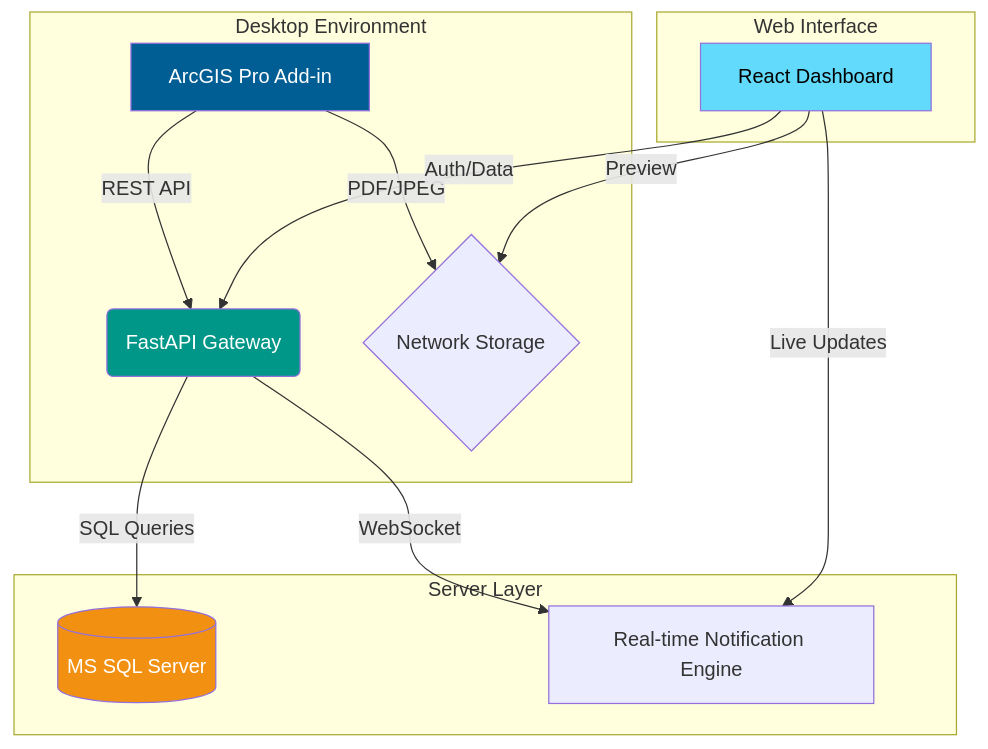
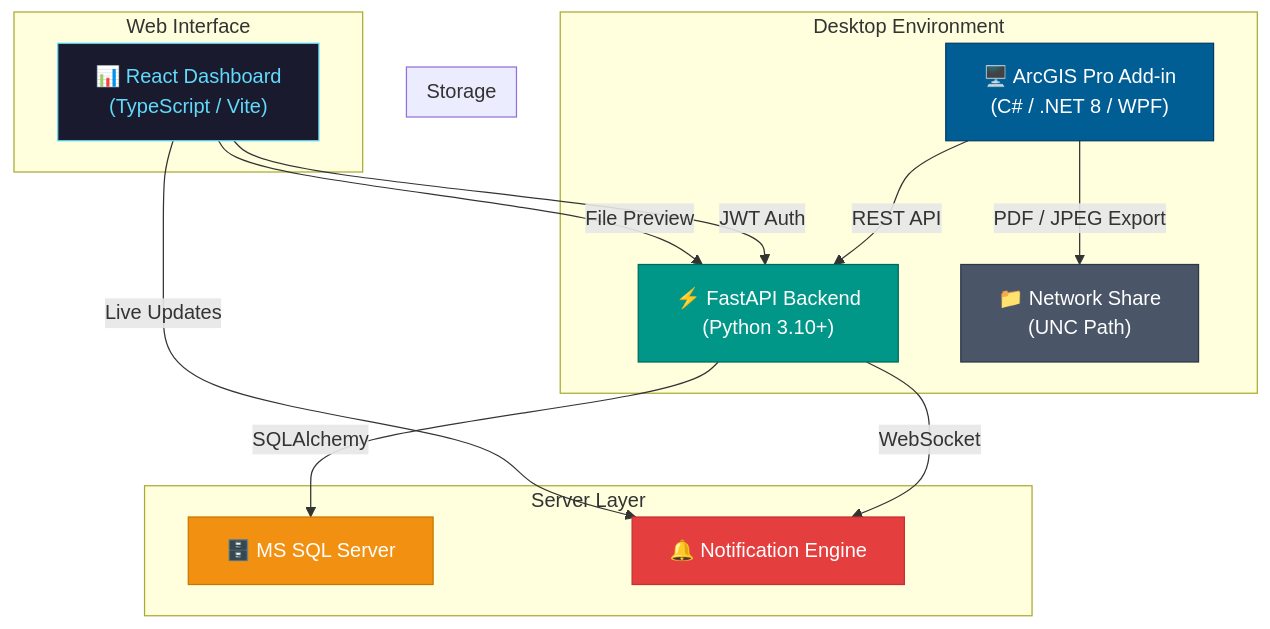
One commit to JEMOO-001/Arch-Sys changed the first of 2 diagrams in README.md. Above: the diagram before and after it, drawn with Mermaid. The commit also changed other lines of this file and 7 other files, not shown here.

````diff
--- a/README.md
+++ b/README.md
@@ -14,23 +19,30 @@
 ```mermaid
 graph TD
     subgraph "Desktop Environment"
-        A[ArcGIS Pro Add-in] -->|REST API| B(FastAPI Gateway)
-        A -->|PDF/JPEG| C{Network Storage}
+        A["🖥️ ArcGIS Pro Add-in<br/>(C# / .NET 8 / WPF)"] -->|REST API| B
+        A -->|"PDF / JPEG Export"| C
     end
 
     subgraph "Server Layer"
-        B -->|SQL Queries| D[(MS SQL Server)]
-        B -->|WebSocket| E[Real-time Notification Engine]
+        B["⚡ FastAPI Backend<br/>(Python 3.10+)"] -->|SQLAlchemy| D
+        B -->|WebSocket| E["🔔 Notification Engine"]
+    end
+
+    subgraph "Storage"
+        C["📁 Network Share<br/>(UNC Path)"]
+        D["🗄️ MS SQL Server"]
     end
 
     subgraph "Web Interface"
-        F[React Dashboard] -->|Auth/Data| B
+        F["📊 React Dashboard<br/>(TypeScript / Vite)"] -->|JWT Auth| B
         F -->|Live Updates| E
-        F -->|Preview| C
+        F -->|File Preview| B
     end
 
-    style A fill:#005e95,color:#fff
-    style F fill:#61dafb,color:#000
-    style B fill:#009688,color:#fff
-    style D fill:#f29111,color:#fff
+    style A fill:#005e95,color:#fff,stroke:#003d66
+    style B fill:#009688,color:#fff,stroke:#00695c
+    style F fill:#1a1a2e,color:#61dafb,stroke:#61dafb
+    style D fill:#f29111,color:#fff,stroke:#c77700
+    style C fill:#4a5568,color:#fff,stroke:#2d3748
+    style E fill:#e53e3e,color:#fff,stroke:#c53030
 ```
````
